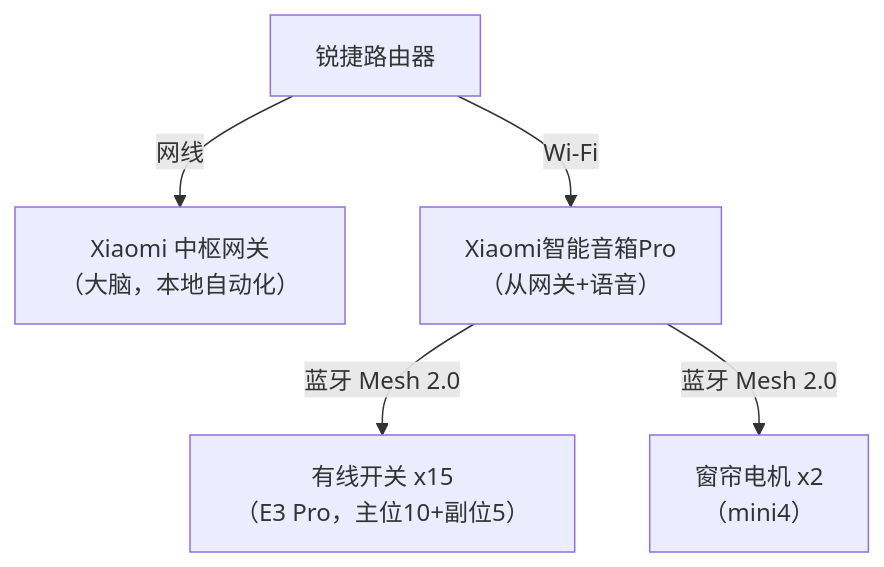
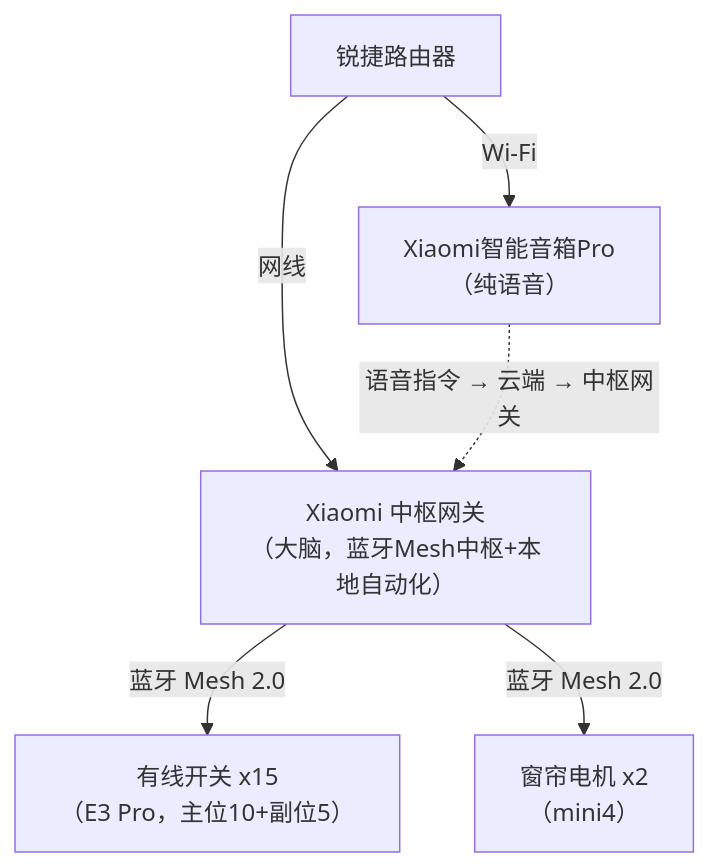
The fifth of 5 diagrams in docs/02-devices.md (csh1314/home-smart), drawn with Mermaid before and after one commit. The commit also changed other lines of this file and 1 other file, not shown here.

````diff
--- a/docs/02-devices.md
+++ b/docs/02-devices.md
@@ -509,7 +517,8 @@
 ```mermaid
 graph TD
-    R["锐捷路由器"] -->|"网线"| Z["Xiaomi 中枢网关\n（大脑，本地自动化）"]
-    R -->|"Wi-Fi"| P["Xiaomi智能音箱Pro\n（从网关+语音）"]
-    P -->|"蓝牙 Mesh 2.0"| S["有线开关 x15\n（E3 Pro，主位10+副位5）"]
-    P -->|"蓝牙 Mesh 2.0"| C["窗帘电机 x2\n（mini4）"]
+    R["锐捷路由器"] -->|"网线"| Z["Xiaomi 中枢网关\n（大脑，蓝牙Mesh中枢+本地自动化）"]
+    R -->|"Wi-Fi"| P["Xiaomi智能音箱Pro\n（纯语音）"]
+    Z -->|"蓝牙 Mesh 2.0"| S["有线开关 x15\n（E3 Pro，主位10+副位5）"]
+    Z -->|"蓝牙 Mesh 2.0"| C["窗帘电机 x2\n（mini4）"]
+    P -. "语音指令 → 云端 → 中枢网关" .-> Z
 ```
````
